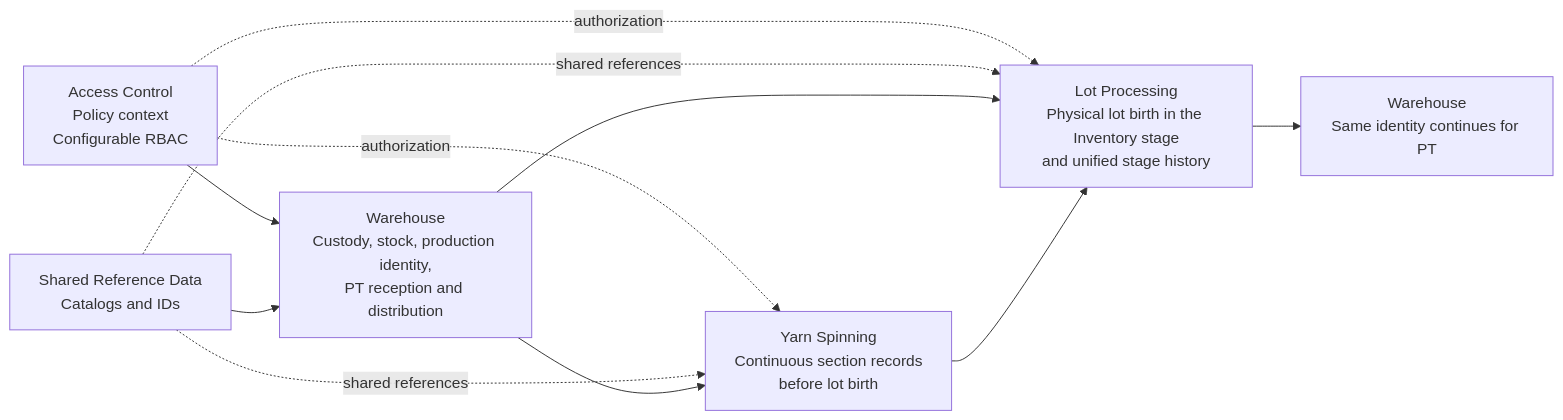
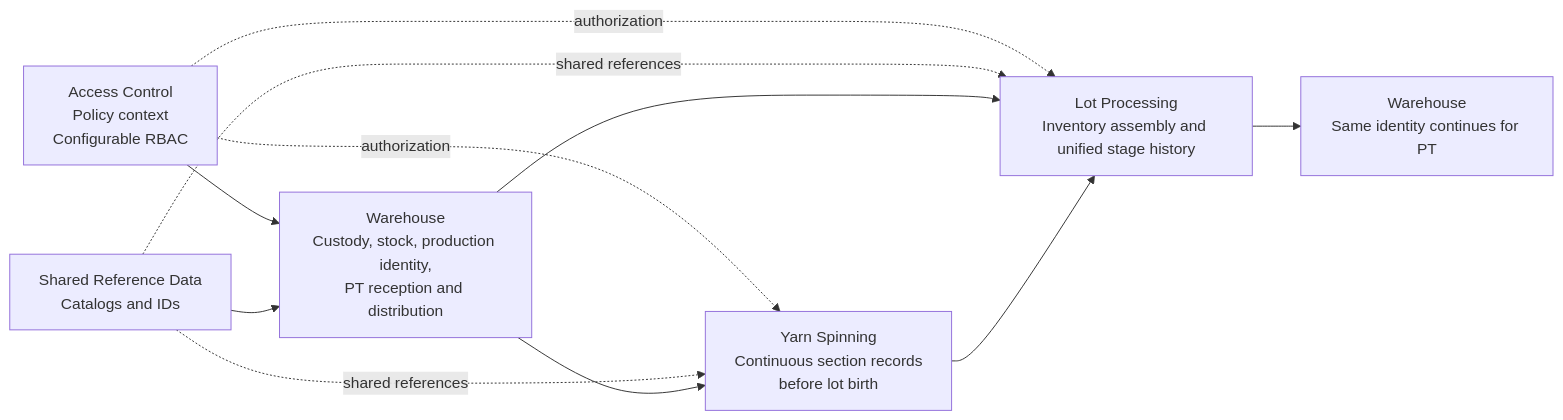
Before and after one commit to luiscm17/yarn-epr: the second of 3 diagrams in docs/architecture/ARCHITECTURE.md, drawn with Mermaid. The commit also changed other lines of this file and 5 other files, not shown here.

````diff
--- a/docs/architecture/ARCHITECTURE.md
+++ b/docs/architecture/ARCHITECTURE.md
@@ -78,20 +78,20 @@
 ```mermaid
 flowchart LR
     AC[Access Control<br/>Policy context<br/>Configurable RBAC]
     SRD[Shared Reference Data<br/>Catalogs and IDs]
     W[Warehouse<br/>Custody, stock, production identity,<br/>PT reception and distribution]
     YS[Yarn Spinning<br/>Continuous section records<br/>before lot birth]
-    LP[Lot Processing<br/>Physical lot birth in the Inventory stage<br/>and unified stage history]
+    LP[Lot Processing<br/>Inventory assembly and unified stage history]
     W2[Warehouse<br/>Same identity continues for PT]
 
     AC --> W
     AC -. authorization .-> YS
     AC -. authorization .-> LP
     SRD --> W
     SRD -. shared references .-> YS
     SRD -. shared references .-> LP
     W --> YS
     W --> LP
     YS --> LP
     LP --> W2
 ```
````
